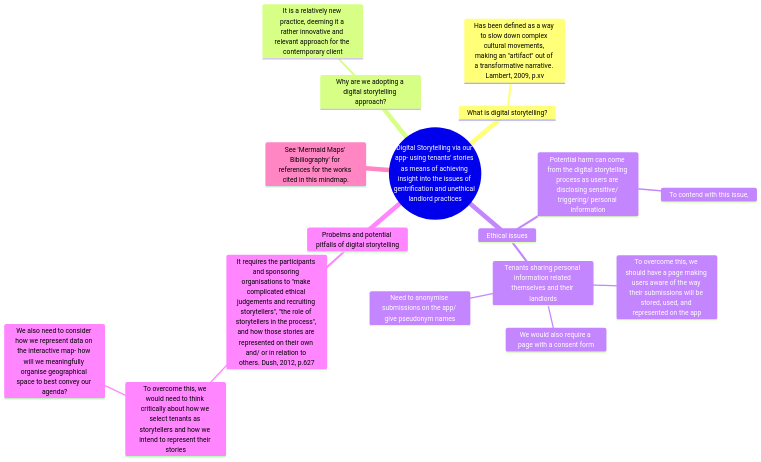
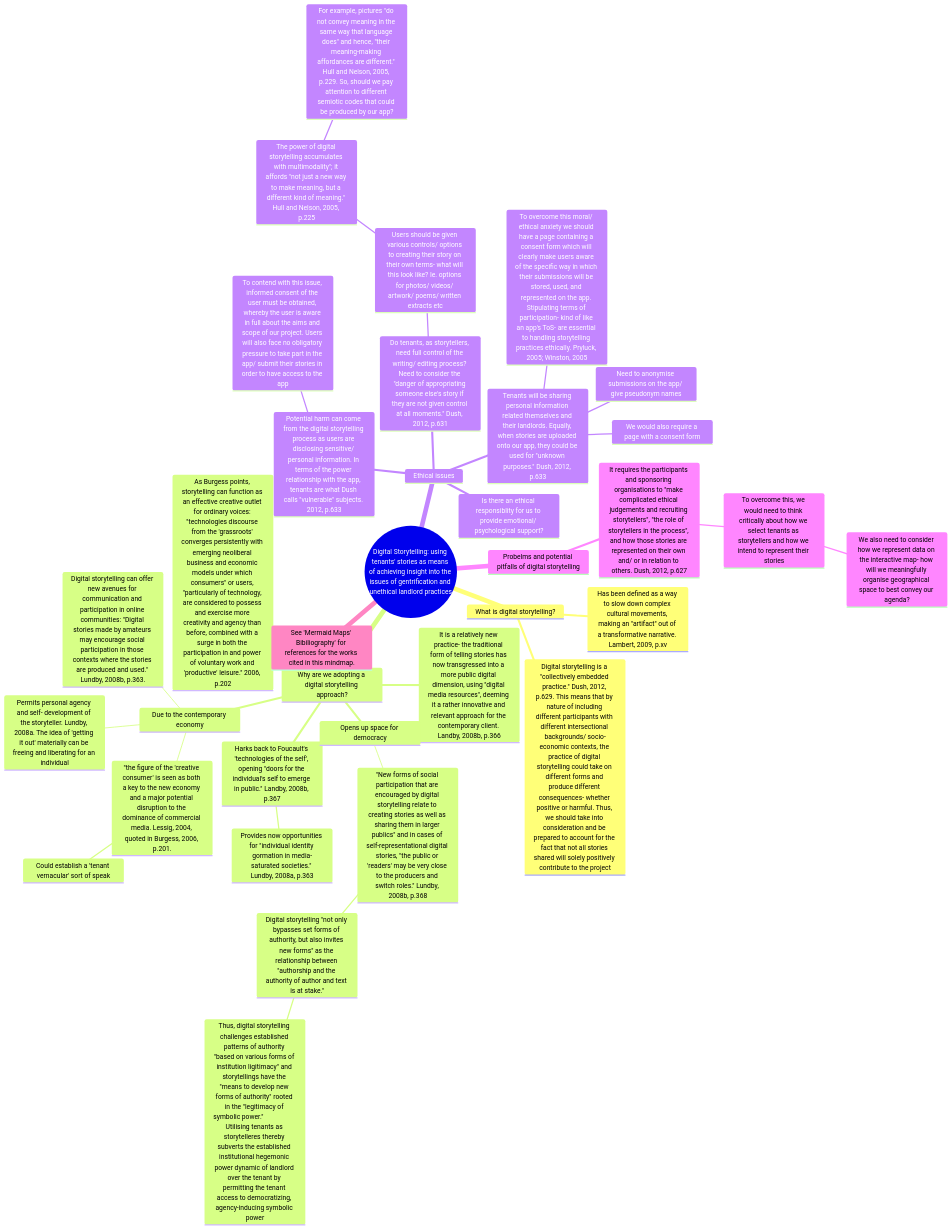
Before and after one commit to NU-Digital-Cultures/Trout: the diagram in DigitalStorytelling.md, drawn with Mermaid.

````diff
--- a/DigitalStorytelling.md
+++ b/DigitalStorytelling.md
@@ -1,20 +1,38 @@
 ``` mermaid
 mindmap
-  root((Digital Storytelling via our app- using tenants' stories as means of achieving insight into the issues of gentrification and unethical landlord practices))
+  root((Digital Storytelling: using tenants' stories as means of achieving insight into the issues of gentrification and unethical landlord practices))
     What is digital storytelling?
      Has been defined as a way to slow down complex cultural movements, making an "artifact" out of a transformative narrative. Lambert, 2009, p.xv
+     Digital storytelling is a "collectively embedded practice." Dush, 2012, p.629. This means that by nature of including different participants with different intersectional backgrounds/ socio-economic contexts, the practice of digital storytelling could take on different forms and produce different consequences- whether positive or harmful. Thus, we should take into consideration and be prepared to account for the fact that not all stories shared will solely positively contribute to the project
     Why are we adopting a digital storytelling approach?
-      It is a relatively new practice, deeming it a rather innovative and relevant approach for the contemporary client
+      It is a relatively new practice- the traditional form of telling stories has now transgressed into a more public digital dimension, using "digital media resources", deeming it a rather innovative and relevant approach for the contemporary client. Landby, 2008b, p.366
+      Harks back to Foucault's 'technologies of the self', opening "doors for the individual's self to emerge in public." Landby, 2008b, p.367
+         Provides now opportunities for "individual identity gormation in media-saturated societies." Lundby, 2008a, p.363
+      As Burgess points, storytelling can function as an effective creative outlet for ordinary voices: "technologies discourse from the 'grassroots' converges persistently with emerging neoliberal business and economic models under which consumers" or users, "particularly of technology, are considered to possess and exercise more creativity and agency than before, combined with a surge in both the participation in and power of voluntary work and 'productive' leisure." 2006, p.202
+     Due to the contemporary economy
+        "the figure of the 'creative consumer' is seen as both a key to the new economy and a major potential disruption to the dominance of commercial media. Lessig, 2004, quoted in Burgess, 2006, p.201.
+         Could establish a 'tenant vernacular' sort of speak
+      Permits personal agency and self- development of the storyteller. Lundby, 2008a. The idea of 'getting it out' materially can be freeing and liberating for an individual
+      Digital storytelling can offer new avenues for communication and participation in online communities: "Digital stories made by amateurs may encourage social participation in those contexts where the stories are produced and used." Lundby, 2008b, p.363.
+     Opens up space for democracy
+       "New forms of social participation that are encouraged by digital storytelling relate to creating stories as well as sharing them in larger publics" and in cases of self-representational digital stories, "the public or 'readers' may be very close to the producers and switch roles." Lundby, 2008b, p.368
+        Digital storytelling "not only bypasses set forms of authority, but also invites new forms" as the relationship between "authorship and the authority of author and text is at stake."
+          Thus, digital storytelling challenges established patterns of authority "based on various forms of institution ligitimacy" and storytellings have the "means to develop new forms of authority" rooted in the "legitimacy of symbolic power."                    Utilising tenants as storytelleres thereby subverts the established institutional hegemonic power dynamic of landlord over the tenant by permitting the tenant access to democratizing, agency-inducing symbolic power
     Ethical issues
-      Potential harm can come from the digital storytelling process as users are disclosing sensitive/ triggering/ personal information
-        To contend with this issue, 
-      Tenants sharing personal information related themselves and their landlords
-        To overcome this, we should have a page making users aware of the way their submissions will be stored, used, and represented on the app
+      Potential harm can come from the digital storytelling process as users are disclosing sensitive/ personal information. In terms of the power relationship with the app, tenants are what Dush calls "vulnerable" subjects. 2012, p.633
+        To contend with this issue, informed consent of the user must be obtained, whereby the user is aware in full about the aims and scope of our project. Users will also face no obligatory pressure to take part in the app/ submit their stories in order to have access to the app
+      Is there an ethical responsiblity for us to provide emotional/ psychological support?
+      Do tenants, as storytellers, need full control of the writing/ editing process? Need to consider the "danger of appropriating someone else's story if they are not given control at all moments." Dush, 2012, p.631
+         Users should be given various controls/ options to creating their story on their own terms- what will this look like? Ie. options for photos/ videos/ artwork/ poems/ written extracts etc
+            The power of digital storytelling accumulates with multimodality"; it affords "not just a new way to make meaning, but a different kind of meaning." Hull and Nelson, 2005, p.225
+               For example, pictures "do not convey meaning in the same way that language does" and hence, "their meaning-making affordances are different." Hull and Nelson, 2005, p.229. So, should we pay attention to different semiotic codes that could be produced by our app?
+      Tenants will be sharing personal information related themselves and their landlords. Equally, when stories are uploaded onto our app, they could be used for "unknown purposes." Dush, 2012, p.633
+        To overcome this moral/ ethical anxiety we should have a page containing a consent form which will clearly make users aware of the specific way in which their submissions will be stored, used, and represented on the app. Stipulating terms of participation- kind of like an app's ToS- are essential to handling storytelling practices ethically. Pryluck, 2005; Winston, 2005
         We would also require a page with a consent form
         Need to anonymise submissions on the app/ give pseudonym names
     Probelms and potential pitfalls of digital storytelling
       It requires the participants and sponsoring organisations to "make complicated ethical judgements and recruiting storytellers", "the role of storytellers in the process", and how those stories are represented on their own and/ or in relation to others. Dush, 2012, p.627
         To overcome this, we would need to think critically about how we select tenants as storytellers and how we intend to represent their stories
           We also need to consider how we represent data on the interactive map- how will we meaningfully organise geographical space to best convey our agenda?
     See 'Mermaid Maps' Bibiliography' for references for the works cited in this mindmap.
 ```
````
